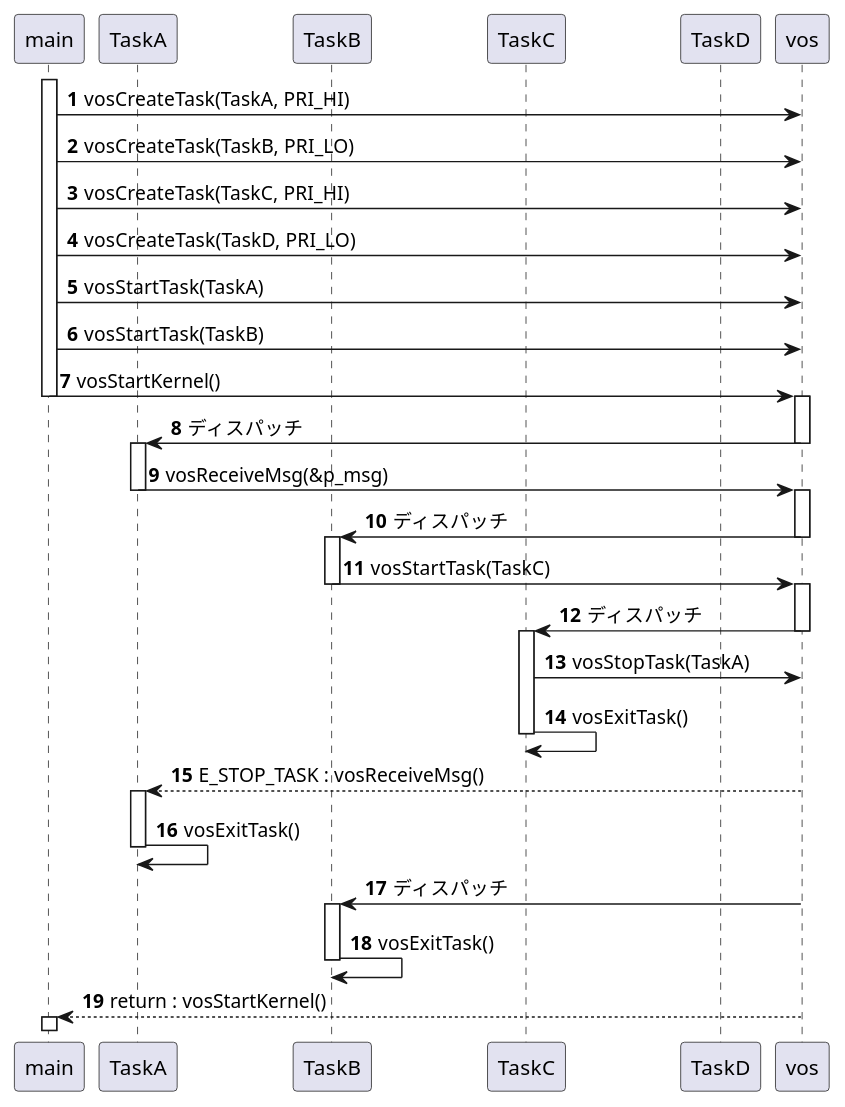
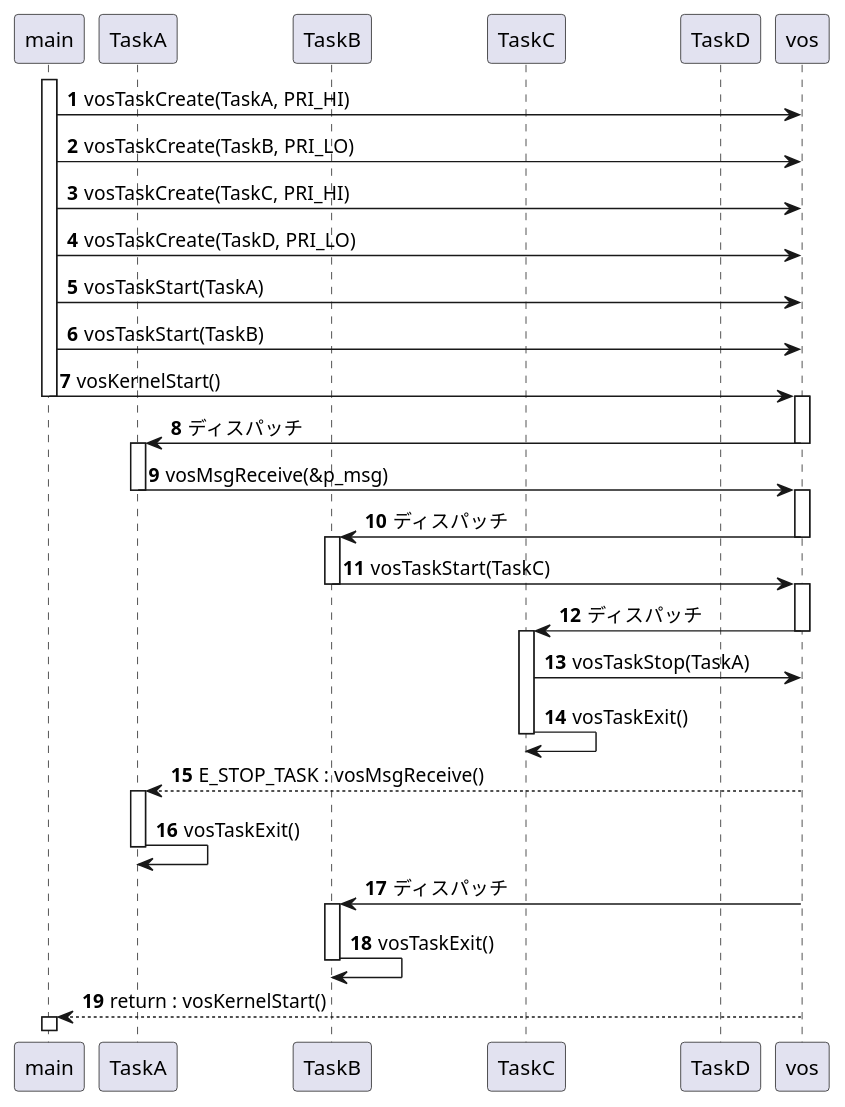
The first of 2 diagrams in README.md (Sadohara5511/STM32_VOS), drawn with PlantUML before and after one commit. The commit also changed other lines of this file, not shown here.

````diff
--- a/README.md
+++ b/README.md
@@ -264,61 +769,61 @@
 ```plantuml
 @startuml
 autonumber
 
 participant "main" as main
 participant "TaskA" as task1
 participant "TaskB" as task2
 participant "TaskC" as task3
 participant "TaskD" as task4
 
 activate main
-main -> vos : vosCreateTask(TaskA, PRI_HI)
-main -> vos : vosCreateTask(TaskB, PRI_LO)
-main -> vos : vosCreateTask(TaskC, PRI_HI)
-main -> vos : vosCreateTask(TaskD, PRI_LO)
-main -> vos : vosStartTask(TaskA)
-main -> vos : vosStartTask(TaskB)
+main -> vos : vosTaskCreate(TaskA, PRI_HI)
+main -> vos : vosTaskCreate(TaskB, PRI_LO)
+main -> vos : vosTaskCreate(TaskC, PRI_HI)
+main -> vos : vosTaskCreate(TaskD, PRI_LO)
+main -> vos : vosTaskStart(TaskA)
+main -> vos : vosTaskStart(TaskB)
 
-main -> vos : vosStartKernel()
+main -> vos : vosKernelStart()
 deactivate main
 activate vos
 
 vos -> task1 : ディスパッチ
 deactivate vos
 activate task1
 
-task1 -> vos : vosReceiveMsg(&p_msg)
+task1 -> vos : vosMsgReceive(&p_msg)
 deactivate task1
 activate vos
 
 vos -> task2 : ディスパッチ
 deactivate vos
 activate task2
 
-task2 -> vos : vosStartTask(TaskC)
+task2 -> vos : vosTaskStart(TaskC)
 deactivate task2
 activate vos
 vos -> task3 : ディスパッチ
 deactivate vos
 activate task3
 
-task3 -> vos : vosStopTask(TaskA)
-task3 -> task3 : vosExitTask()
+task3 -> vos : vosTaskStop(TaskA)
+task3 -> task3 : vosTaskExit()
 deactivate task3
 
-vos --> task1 : E_STOP_TASK : vosReceiveMsg()
+vos --> task1 : E_STOP_TASK : vosMsgReceive()
 deactivate task3
 activate task1
-task1 -> task1 : vosExitTask()
+task1 -> task1 : vosTaskExit()
 deactivate task1
 
 vos -> task2 : ディスパッチ
 activate task2
-task2 -> task2 : vosExitTask()
+task2 -> task2 : vosTaskExit()
 deactivate task2
 
-vos --> main : return : vosStartKernel()
+vos --> main : return : vosKernelStart()
 activate main
 
 @enduml
 ```
````
